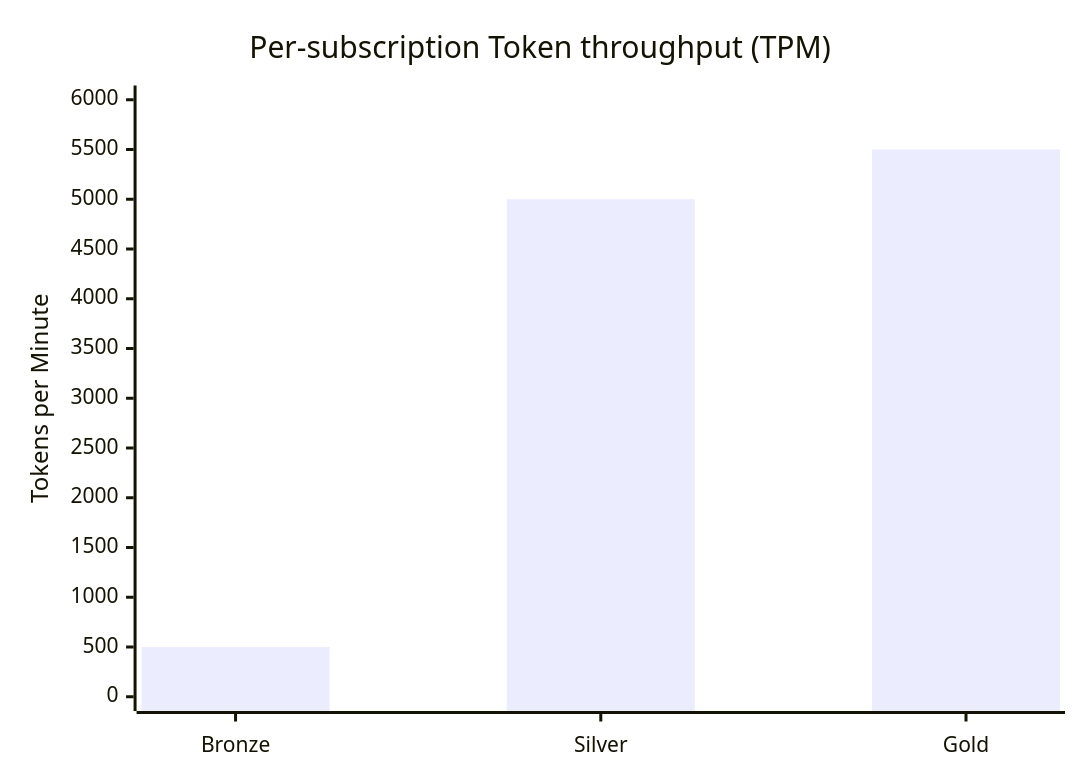
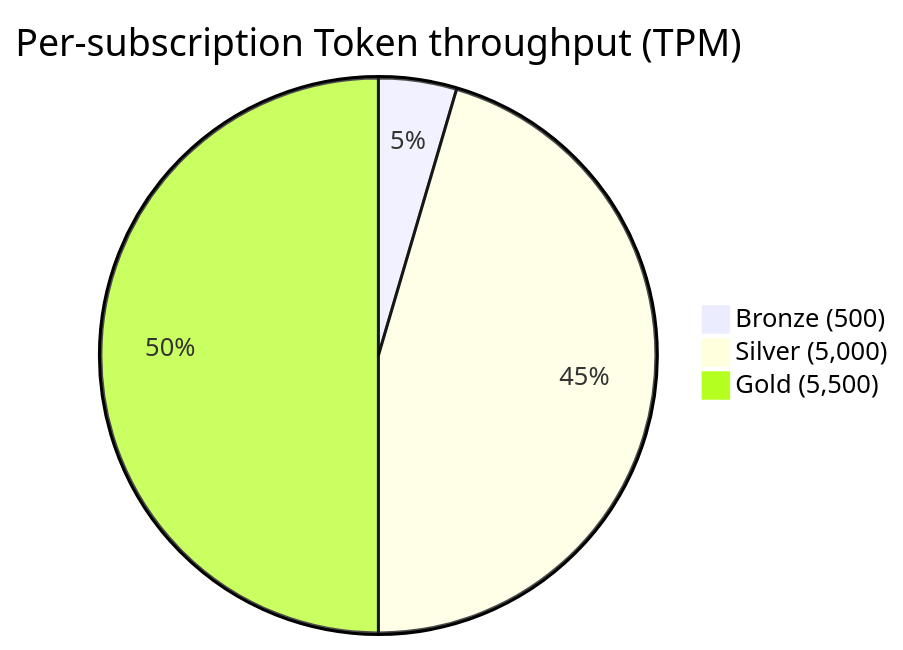
One commit to briandenicola/ai-azure-ai-as-a-service changed the second of 4 diagrams in README.md. Above: the diagram before and after it, drawn with Mermaid. The commit also changed other lines of this file and 4 other files, not shown here.

````diff
--- a/README.md
+++ b/README.md
@@ -158,7 +182,6 @@
 ```mermaid
-xychart-beta
-    title "Per-subscription Token throughput (TPM)"
-    x-axis ["Bronze", "Silver", "Gold"]
-    y-axis "Tokens per Minute" 0 --> 6000
-    bar [500, 5000, 5500]
+pie title Per-subscription Token throughput (TPM)
+    "Bronze (500)" : 500
+    "Silver (5,000)" : 5000
+    "Gold (5,500)" : 5500
 ```
````
